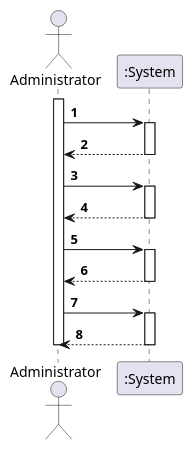
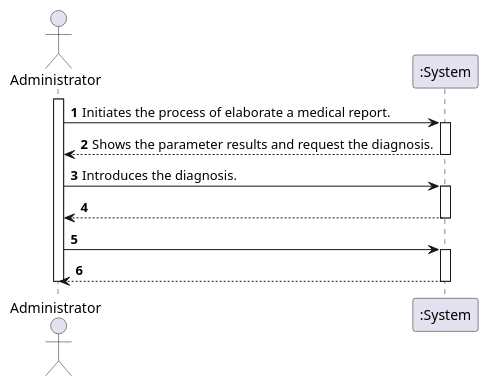
One commit to manu-07-ela/LAPR2_ISEP changed the diagram in docs/SprintC/US14/US14_SSD.puml. Above: the diagram before and after it, drawn with PlantUML.

Commit message:
US14 - SSD start

```diff
--- a/docs/SprintC/US14/US14_SSD.puml
+++ b/docs/SprintC/US14/US14_SSD.puml
@@ -1,30 +1,30 @@
 @startuml
 autonumber
 actor "Administrator" as Adm
 
 activate Adm
-Adm -> ":System" :
+Adm -> ":System" : Initiates the process of elaborate a medical report.
+'activate ":System"
+'":System" --> Adm : Shows the tests that are waiting for the \n medical report and asks to select one.
+'deactivate ":System"
+
+'Adm -> ":System" :  Select the desired test.
 activate ":System"
-":System" --> Adm :
+":System" --> Adm : Shows the parameter results and request the diagnosis.
 deactivate ":System"
 
-Adm -> ":System" :
-activate ":System"
-":System" --> Adm :
-deactivate ":System"
-
-Adm -> ":System" :
+Adm -> ":System" : Introduces the diagnosis.
 activate ":System"
 
 
 ":System" --> Adm :
 deactivate ":System"
 
 Adm -> ":System" :
 activate ":System"
 ":System" --> Adm :
 deactivate ":System"
 
 deactivate Adm
 
 @enduml
```
